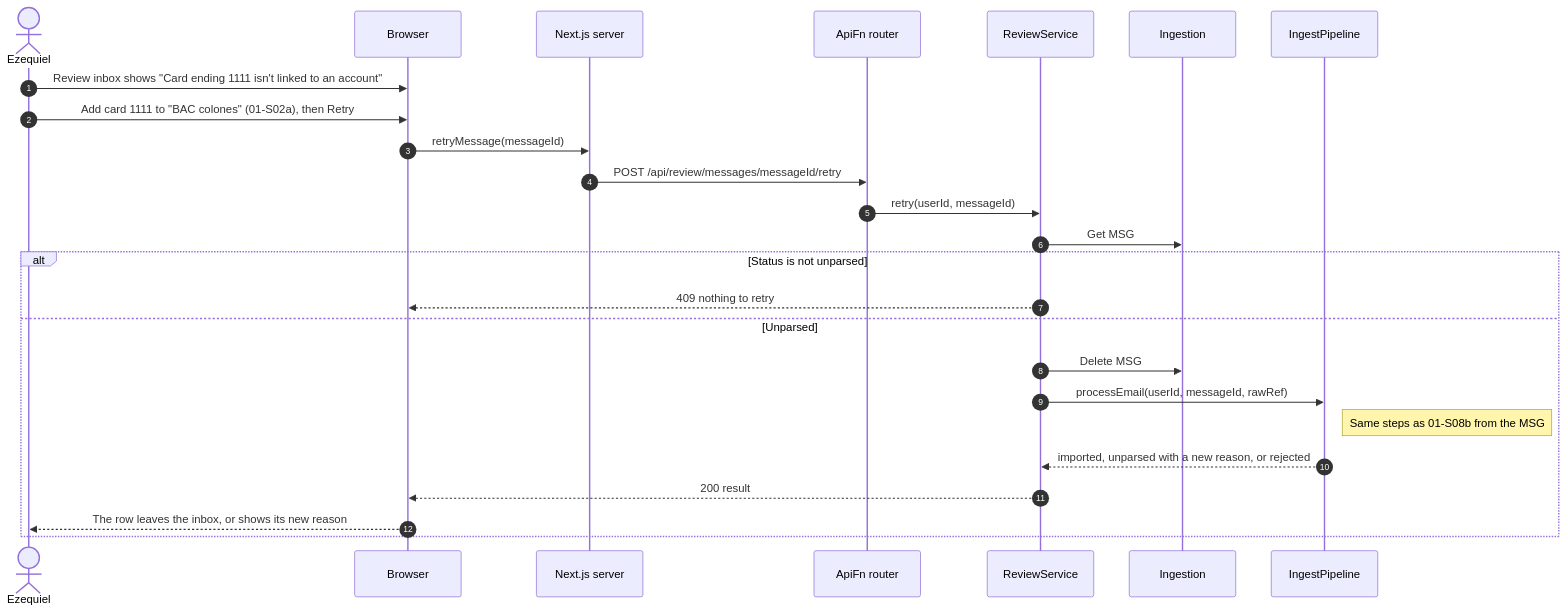
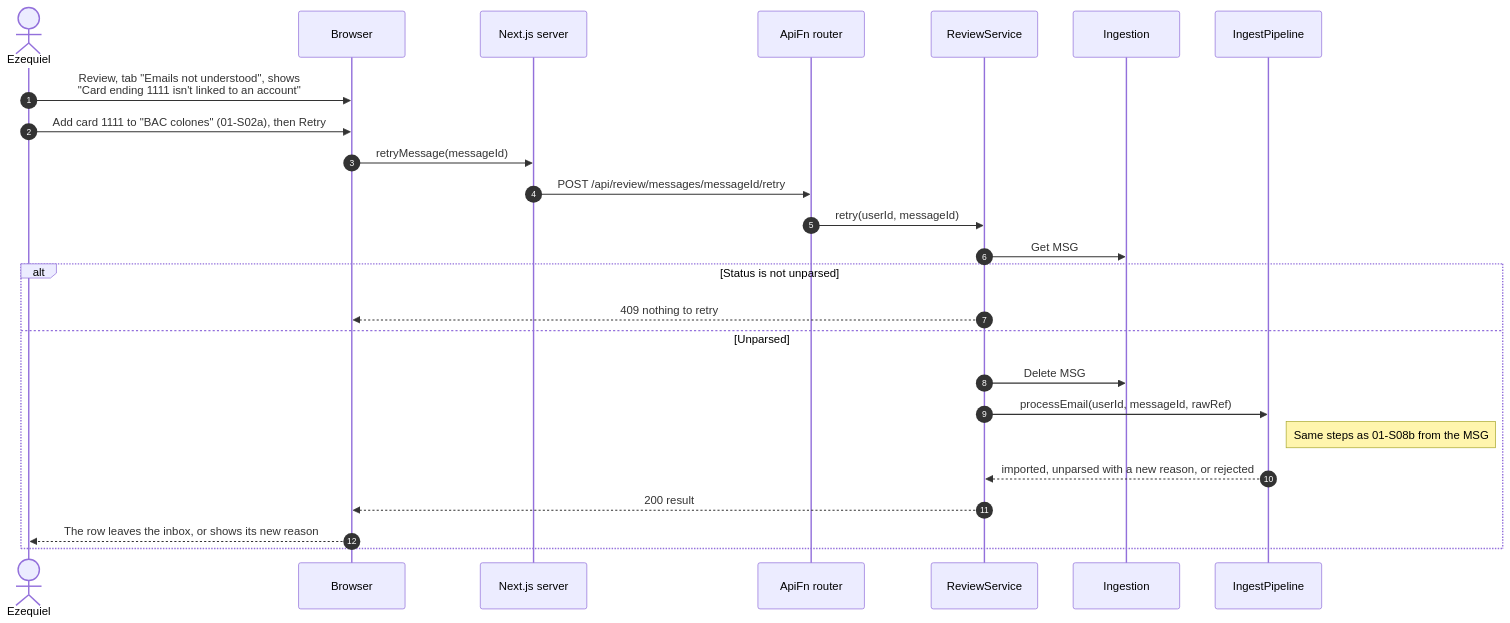
The eighth of 9 diagrams in docs/diagrams/sequences/01-accounts-and-ingestion.md (Ezequiel294/cs3365-finance-app), drawn with Mermaid before and after one commit. The commit also changed other lines of this file and 18 other files, not shown here.

Commit message:
attempt 3 design/architecture changes

````diff
--- a/docs/diagrams/sequences/01-accounts-and-ingestion.md
+++ b/docs/diagrams/sequences/01-accounts-and-ingestion.md
@@ -407,28 +415,28 @@
 ```mermaid
 sequenceDiagram
     autonumber
     actor U as Ezequiel
     participant UI as Browser
     participant Web as Next.js server
     participant API as ApiFn router
     participant RS as ReviewService
     participant Ing as Ingestion
     participant P as IngestPipeline
 
-    U->>UI: Review inbox shows "Card ending 1111 isn't linked to an account"
+    U->>UI: Review, tab "Emails not understood", shows<br/>"Card ending 1111 isn't linked to an account"
     U->>UI: Add card 1111 to "BAC colones" (01-S02a), then Retry
     UI->>Web: retryMessage(messageId)
     Web->>API: POST /api/review/messages/messageId/retry
     API->>RS: retry(userId, messageId)
     RS->>Ing: Get MSG#messageId
     alt Status is not unparsed
         RS-->>UI: 409 nothing to retry
     else Unparsed
         RS->>Ing: Delete MSG#messageId
         RS->>P: processEmail(userId, messageId, rawRef)
         Note right of P: Same steps as 01-S08b from the MSG# claim on,<br/>reading the email already stored in S3
         P-->>RS: imported, unparsed with a new reason, or rejected
         RS-->>UI: 200 result
         UI-->>U: The row leaves the inbox, or shows its new reason
     end
 ```
````
